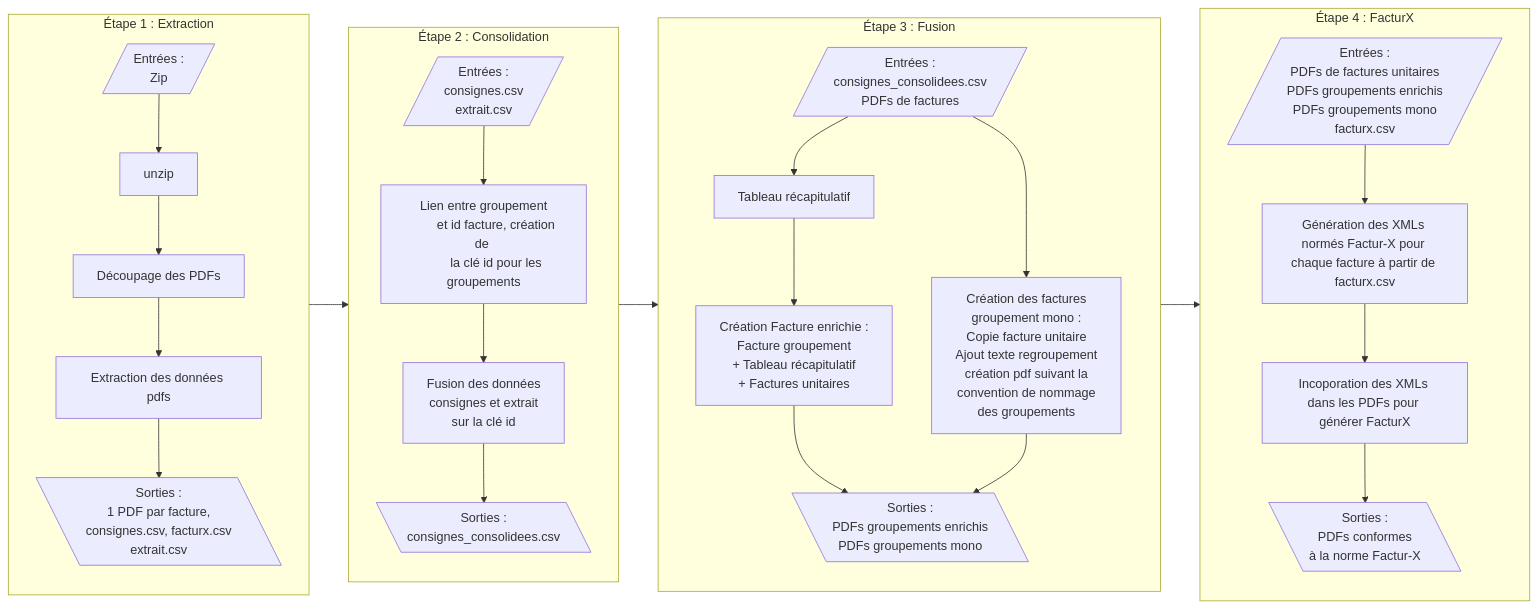
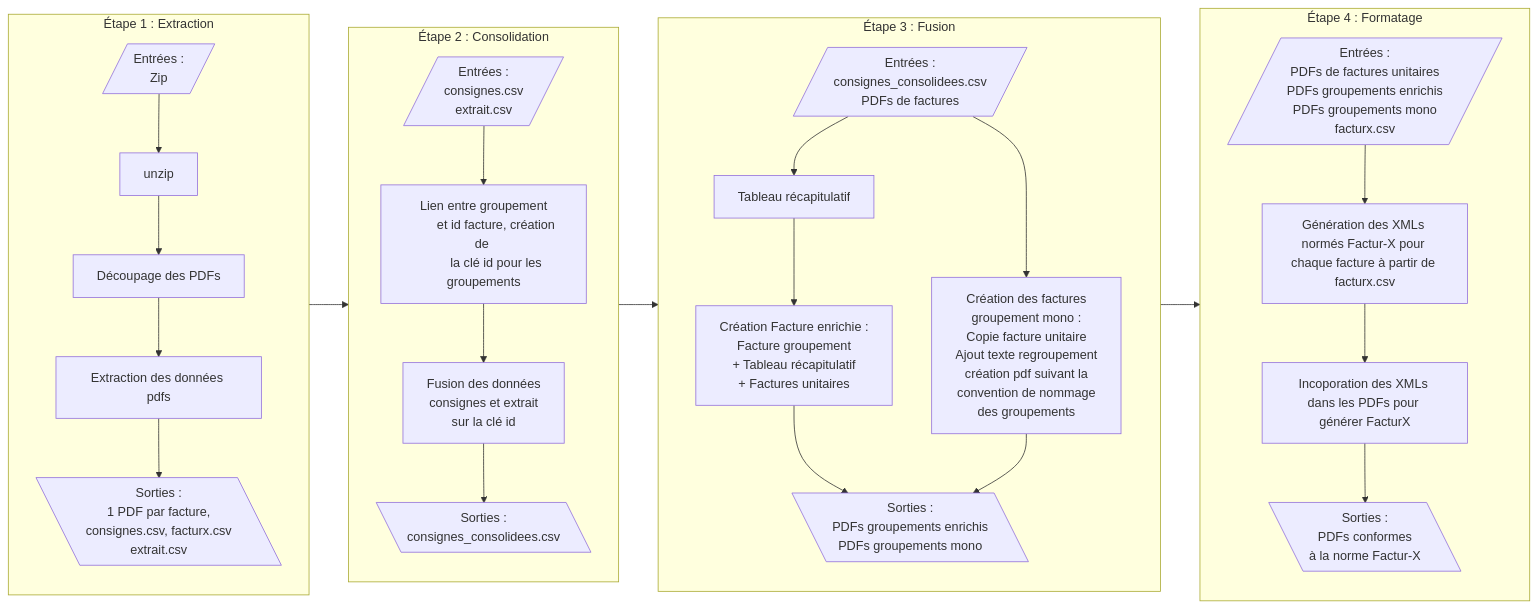
The diagram in readme.md (Virgile-Dauge/formatage_multi_site), drawn with Mermaid before and after one commit. The commit also changed other lines of this file, not shown here.

```diff
--- a/readme.md
+++ b/readme.md
@@ -64,7 +78,7 @@
     end
 
     %% Sous-graphe FacturX
-    subgraph FacturX_Details [Étape 4 : FacturX]
+    subgraph FacturX_Details [Étape 4 : Formatage]
         direction TB
         D_input@{shape: lean-r, label: "Entrées :
         PDFs de factures unitaires
```
